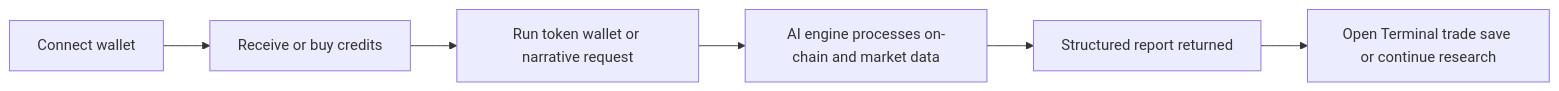
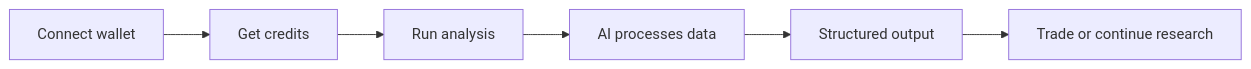
One commit to AkariPulse/Akari-gitsdk changed the diagram in README.md. Above: the diagram before and after it, drawn with Mermaid. The commit also changed other lines of this file, not shown here.

````diff
--- a/README.md
+++ b/README.md
@@ -327,8 +154,8 @@
 ```mermaid
 flowchart LR
-    A[Connect wallet] --> B[Receive or buy credits]
-    B --> C[Run token wallet or narrative request]
-    C --> D[AI engine processes on-chain and market data]
-    D --> E[Structured report returned]
-    E --> F[Open Terminal trade save or continue research]
+    A[Connect wallet] --> B[Get credits]
+    B --> C[Run analysis]
+    C --> D[AI processes data]
+    D --> E[Structured output]
+    E --> F[Trade or continue research]
 ```
````
